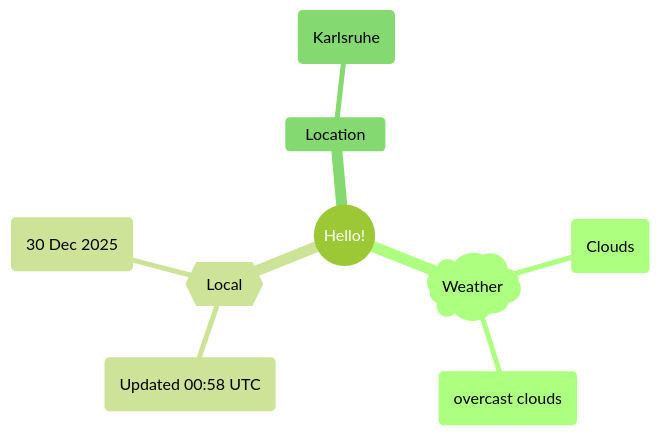
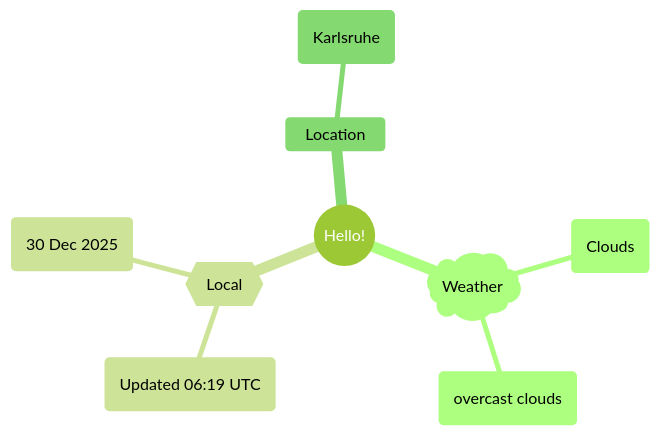
Before and after one commit to Xosrov/Xosrov: the first of 2 diagrams in README.md, drawn with Mermaid (forest theme).

Commit message:
[bot] updated images

````diff
--- a/README.md
+++ b/README.md
@@ -3,12 +3,12 @@
 ```mermaid
 mindmap
   root((Hello!))
     )Weather(
         (Clouds)
         (overcast clouds)
     {{Local}}
-        (Updated 00:58 UTC)
+        (Updated 06:19 UTC)
         (30 Dec 2025)
     Location
         (Karlsruhe)
 ```
````
